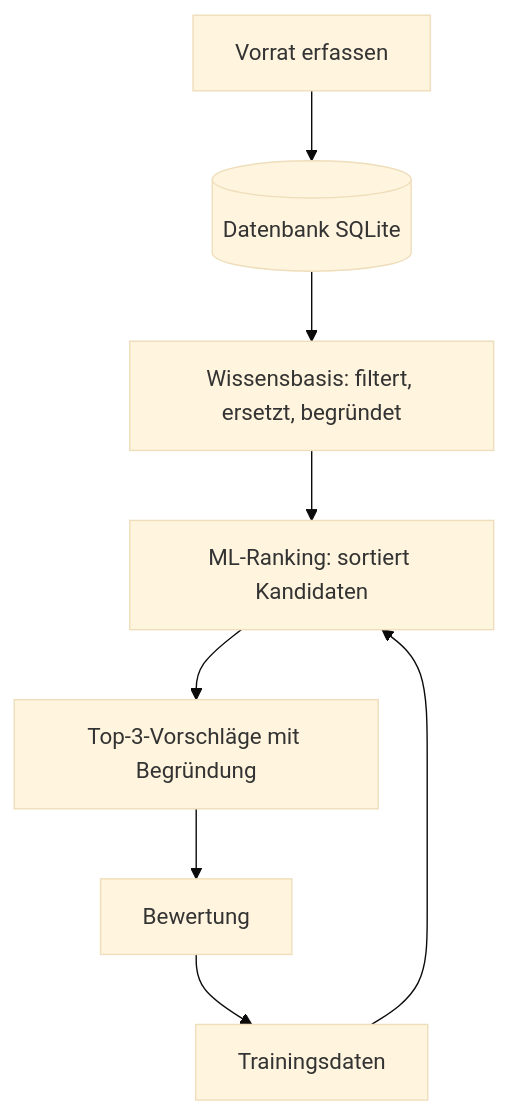
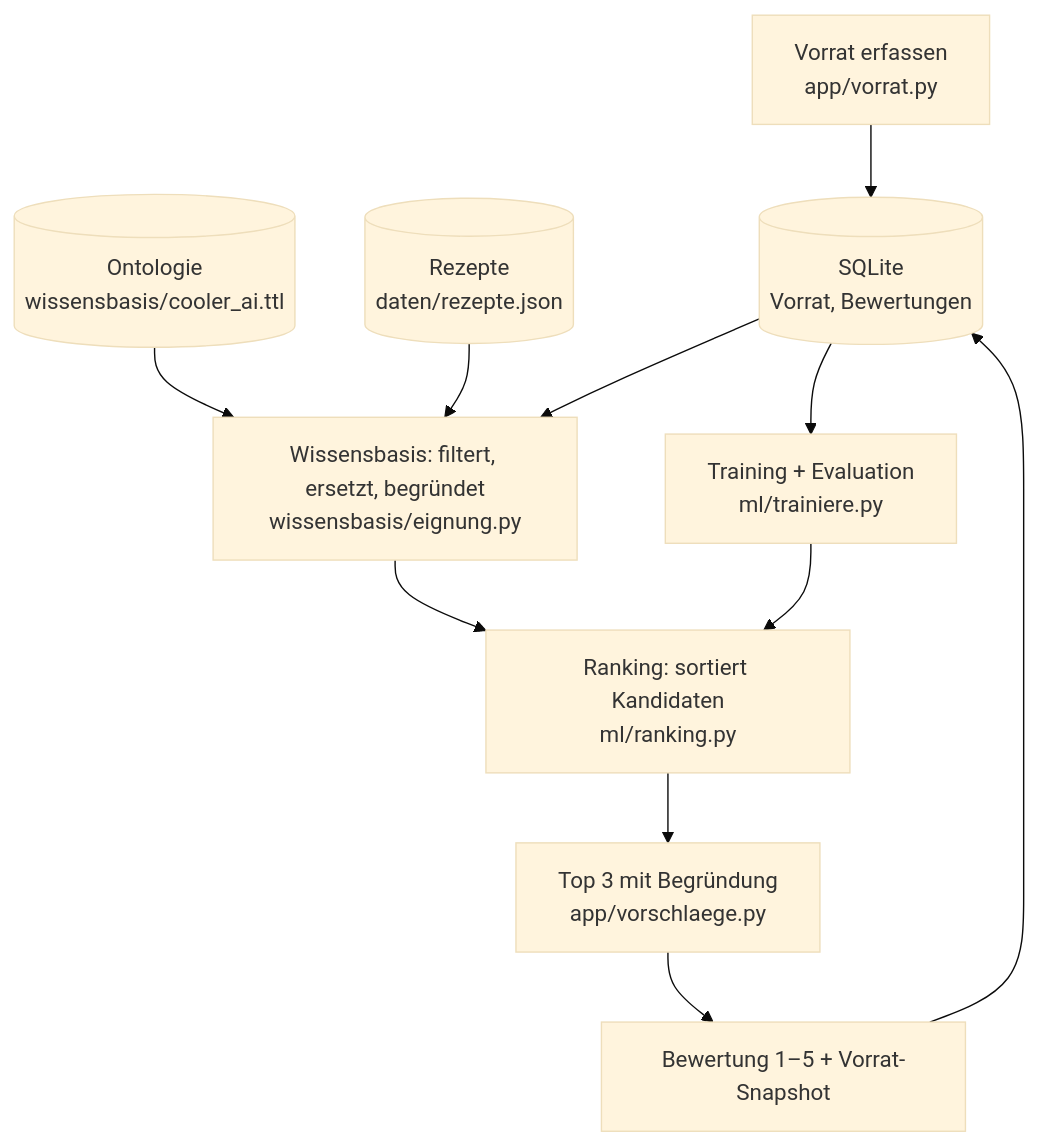
Before and after one commit to FHNWjanwolf/Cooler-AI: the diagram in docs/architektur.md, drawn with Mermaid (base theme). The commit also changed other lines of this file and 24 other files, not shown here.

First line of the commit message:
Grundgerüst: OWL-Wissensbasis, Vorschläge mit Begründung, ML-Ranking mit Evaluation

````diff
--- a/docs/architektur.md
+++ b/docs/architektur.md
@@ -3,10 +3,13 @@
 ```mermaid
 flowchart TD
-    A[Vorrat erfassen] --> B[(Datenbank SQLite)]
-    B --> C[Wissensbasis: filtert, ersetzt, begründet]
-    C --> D[ML-Ranking: sortiert Kandidaten]
-    D --> E[Top-3-Vorschläge mit Begründung]
-    E --> F[Bewertung]
-    F --> G[Trainingsdaten]
+    A[Vorrat erfassen<br>app/vorrat.py] --> B[(SQLite<br>Vorrat, Bewertungen)]
+    O[(Ontologie<br>wissensbasis/cooler_ai.ttl)] --> C
+    R[(Rezepte<br>daten/rezepte.json)] --> C
+    B --> C[Wissensbasis: filtert, ersetzt, begründet<br>wissensbasis/eignung.py]
+    C --> D[Ranking: sortiert Kandidaten<br>ml/ranking.py]
+    D --> E[Top 3 mit Begründung<br>app/vorschlaege.py]
+    E --> F[Bewertung 1–5 + Vorrat-Snapshot]
+    F --> B
+    B --> G[Training + Evaluation<br>ml/trainiere.py]
     G --> D
 ```
````
